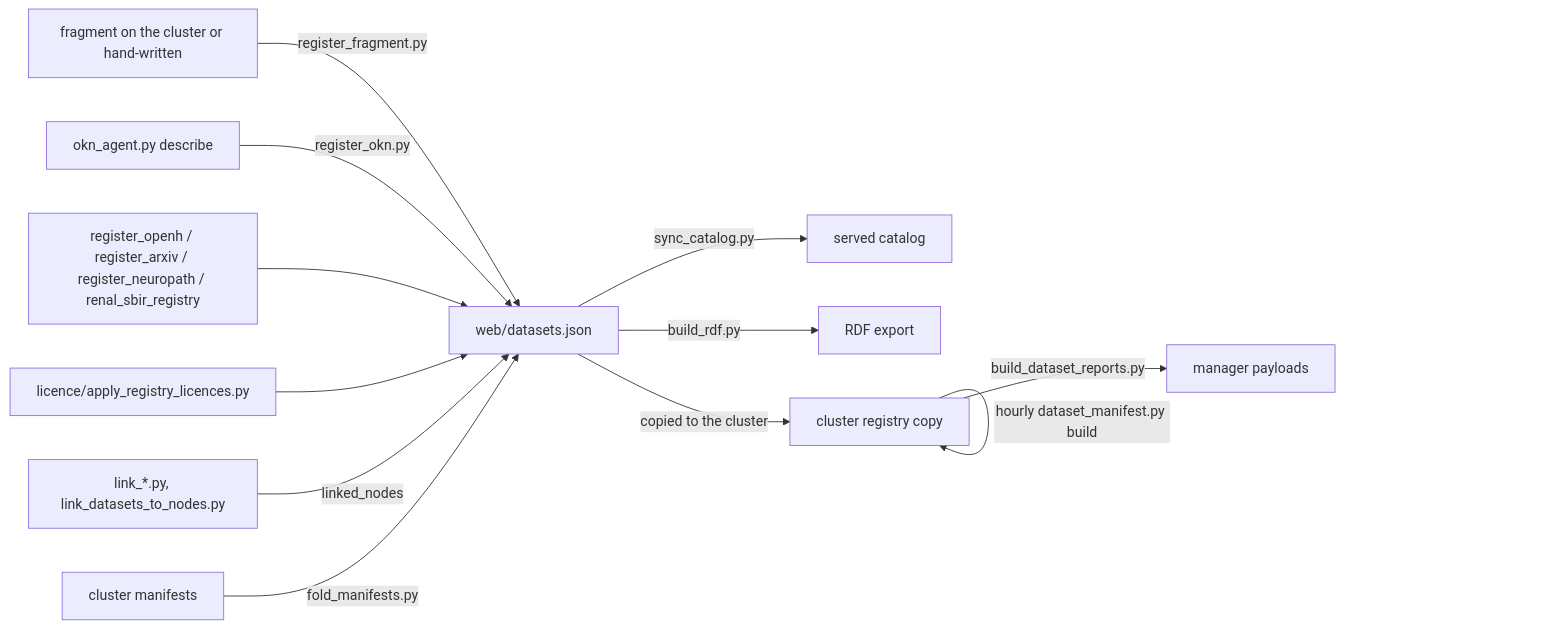
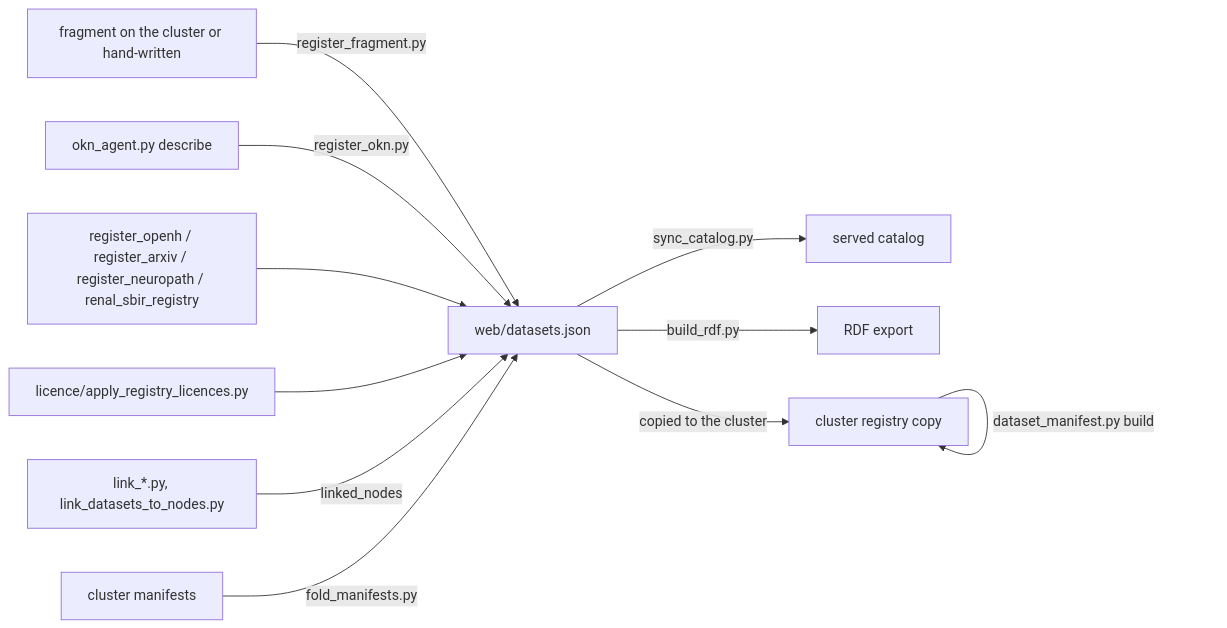
The diagram in docs/metadata/dataset-registry.md (ThePanAtlas/docs), drawn with Mermaid before and after one commit. The commit also changed other lines of this file and 19 other files, not shown here.

````diff
--- a/docs/metadata/dataset-registry.md
+++ b/docs/metadata/dataset-registry.md
@@ -462,14 +460,13 @@
 ```mermaid
 flowchart LR
   F[fragment on the cluster or hand-written] -->|register_fragment.py| R[web/datasets.json]
   O[okn_agent.py describe] -->|register_okn.py| R
   S[register_openh / register_arxiv / register_neuropath / renal_sbir_registry] --> R
   L[licence/apply_registry_licences.py] --> R
   K[link_*.py, link_datasets_to_nodes.py] -->|linked_nodes| R
   M[cluster manifests] -->|fold_manifests.py| R
   R -->|sync_catalog.py| C[served catalog]
   R -->|build_rdf.py| Q[RDF export]
   R -->|copied to the cluster| D[cluster registry copy]
-  D -->|hourly dataset_manifest.py build| D
-  D -->|build_dataset_reports.py| P[manager payloads]
+  D -->|dataset_manifest.py build| D
 ```
````
